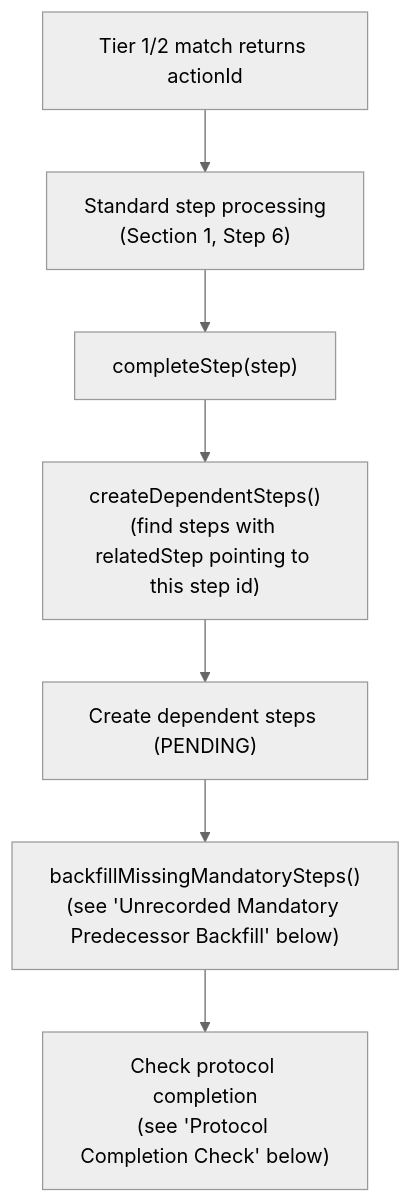
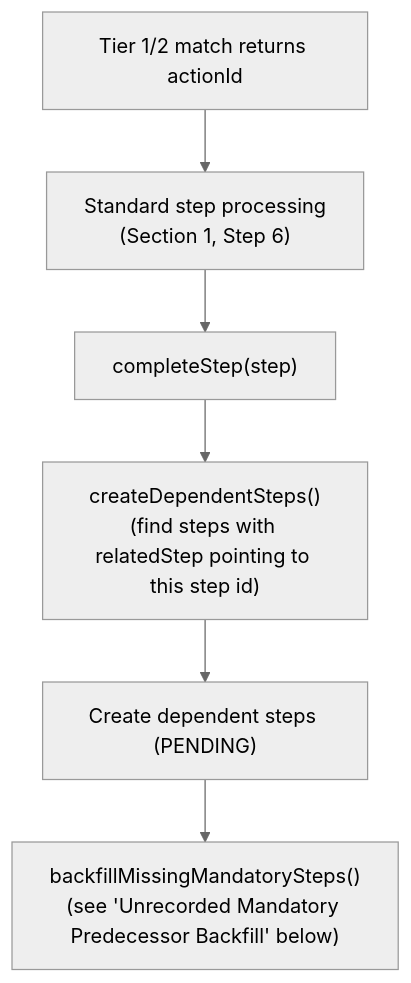
Before and after one commit to Jayaprakash8887/cce-compliance-service: the tenth of 12 diagrams in docs/flow-diagrams.md, drawn with Mermaid (neutral theme). The commit also changed other lines of this file and 3 other files, not shown here.

Commit message:
Protocol completion logic removal

````diff
--- a/docs/flow-diagrams.md
+++ b/docs/flow-diagrams.md
@@ -525,9 +522,8 @@
 ```mermaid
 flowchart TD
     MATCH["Tier 1/2 match returns actionId"] --> NORMAL["Standard step processing<br/>(Section 1, Step 6)"]
     NORMAL --> COMPLETE["completeStep(step)"]
     COMPLETE --> DEPS["createDependentSteps()<br/>(find steps with relatedStep pointing to this step id)"]
     DEPS --> CREATED["Create dependent steps (PENDING)"]
     CREATED --> BACKFILL["backfillMissingMandatorySteps()<br/>(see 'Unrecorded Mandatory Predecessor Backfill' below)"]
-    BACKFILL --> CHECK["Check protocol completion<br/>(see 'Protocol Completion Check' below)"]
 ```
````
